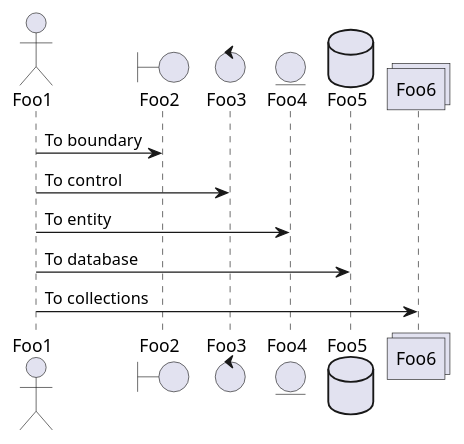
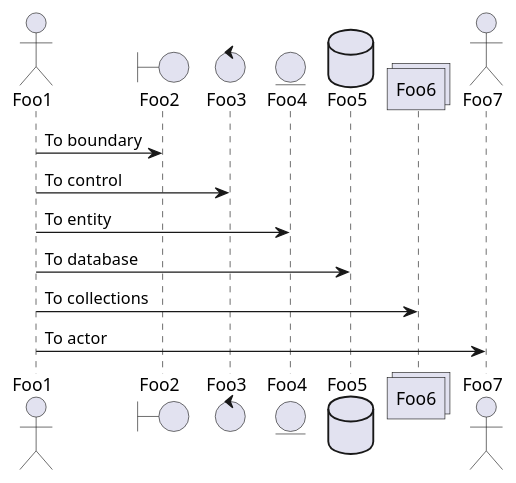
Before and after one commit to yoshida-m-3/generate-plantuml: the diagram in example.md, drawn with PlantUML.

Commit message:
Update example.md
update file

````diff
--- a/example.md
+++ b/example.md
@@ -1,15 +1,17 @@
 ```plantuml:md-sample-sequence
 @startuml
 actor Foo1
 boundary Foo2
 control Foo3
 entity Foo4
 database Foo5
 collections Foo6
+actor Foo7
 Foo1 -> Foo2 : To boundary
 Foo1 -> Foo3 : To control
 Foo1 -> Foo4 : To entity
 Foo1 -> Foo5 : To database
 Foo1 -> Foo6 : To collections
+Foo1 -> Foo7 : To actor
 @enduml
 ```
````
